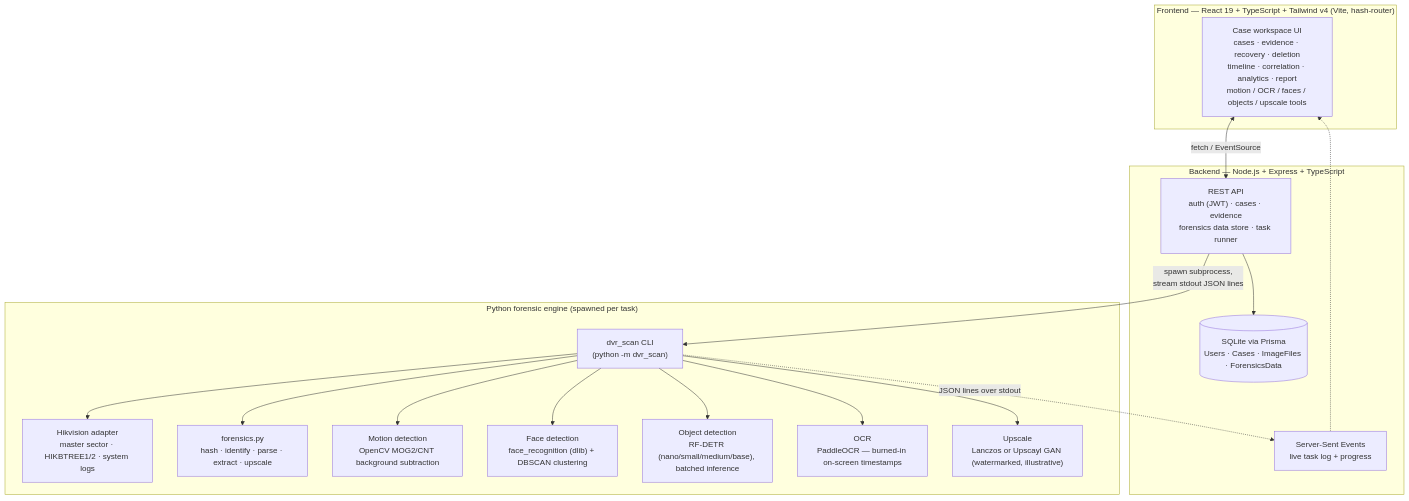
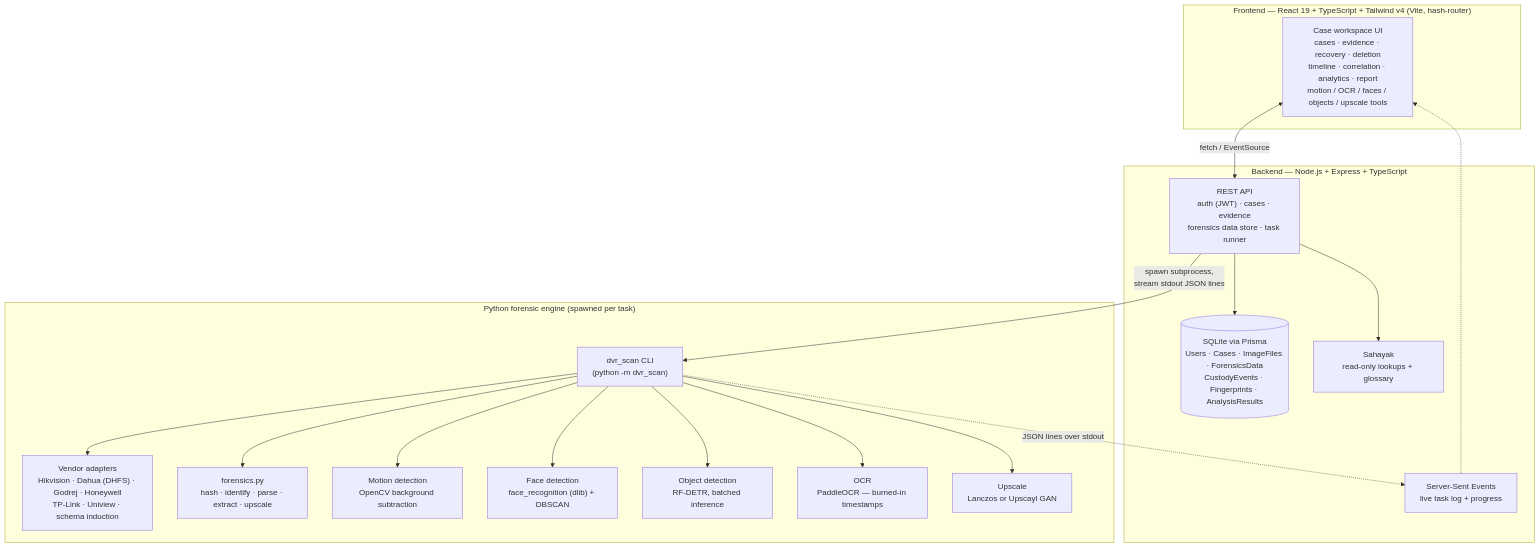
The diagram in README.md (Hetvi2509/Pramaan), drawn with Mermaid before and after one commit. The commit also changed other lines of this file and 1 other file, not shown here.

Commit message:
Restructure README: team, architecture diagram, screens, data model, build status

````diff
--- a/README.md
+++ b/README.md
@@ -70,36 +147,38 @@
 ```mermaid
 flowchart TB
     subgraph Client["Frontend — React 19 + TypeScript + Tailwind v4 (Vite, hash-router)"]
         UI["Case workspace UI\ncases · evidence · recovery · deletion\ntimeline · correlation · analytics · report\nmotion / OCR / faces / objects / upscale tools"]
     end
 
     subgraph Server["Backend — Node.js + Express + TypeScript"]
         API["REST API\nauth (JWT) · cases · evidence\nforensics data store · task runner"]
-        DB[(SQLite via Prisma\nUsers · Cases · ImageFiles · ForensicsData)]
+        DB[(SQLite via Prisma\nUsers · Cases · ImageFiles · ForensicsData\nCustodyEvents · Fingerprints · AnalysisResults)]
         SSE["Server-Sent Events\nlive task log + progress"]
+        Chat["Sahayak\nread-only lookups + glossary"]
     end
 
     subgraph Engine["Python forensic engine (spawned per task)"]
         CLI["dvr_scan CLI\n(python -m dvr_scan)"]
-        Hik["Hikvision adapter\nmaster sector · HIKBTREE1/2 · system logs"]
+        OEM["Vendor adapters\nHikvision · Dahua (DHFS) · Godrej · Honeywell\nTP-Link · Uniview · schema induction"]
         Forensics["forensics.py\nhash · identify · parse · extract · upscale"]
-        Motion["Motion detection\nOpenCV MOG2/CNT background subtraction"]
-        Faces["Face detection\nface_recognition (dlib) + DBSCAN clustering"]
-        Objects["Object detection\nRF-DETR (nano/small/medium/base), batched inference"]
-        OCR["OCR\nPaddleOCR — burned-in on-screen timestamps"]
-        Upscale["Upscale\nLanczos or Upscayl GAN (watermarked, illustrative)"]
+        Motion["Motion detection\nOpenCV background subtraction"]
+        Faces["Face detection\nface_recognition (dlib) + DBSCAN"]
+        Objects["Object detection\nRF-DETR, batched inference"]
+        OCR["OCR\nPaddleOCR — burned-in timestamps"]
+        Upscale["Upscale\nLanczos or Upscayl GAN"]
     end
 
     UI <-->|fetch / EventSource| API
     API --> DB
+    API --> Chat
     API -->|spawn subprocess,\nstream stdout JSON lines| CLI
-    CLI --> Hik
+    CLI --> OEM
     CLI --> Forensics
     CLI --> Motion
     CLI --> Faces
     CLI --> Objects
     CLI --> OCR
     CLI --> Upscale
     CLI -.JSON lines over stdout.-> SSE
     SSE -.-> UI
 ```
````
